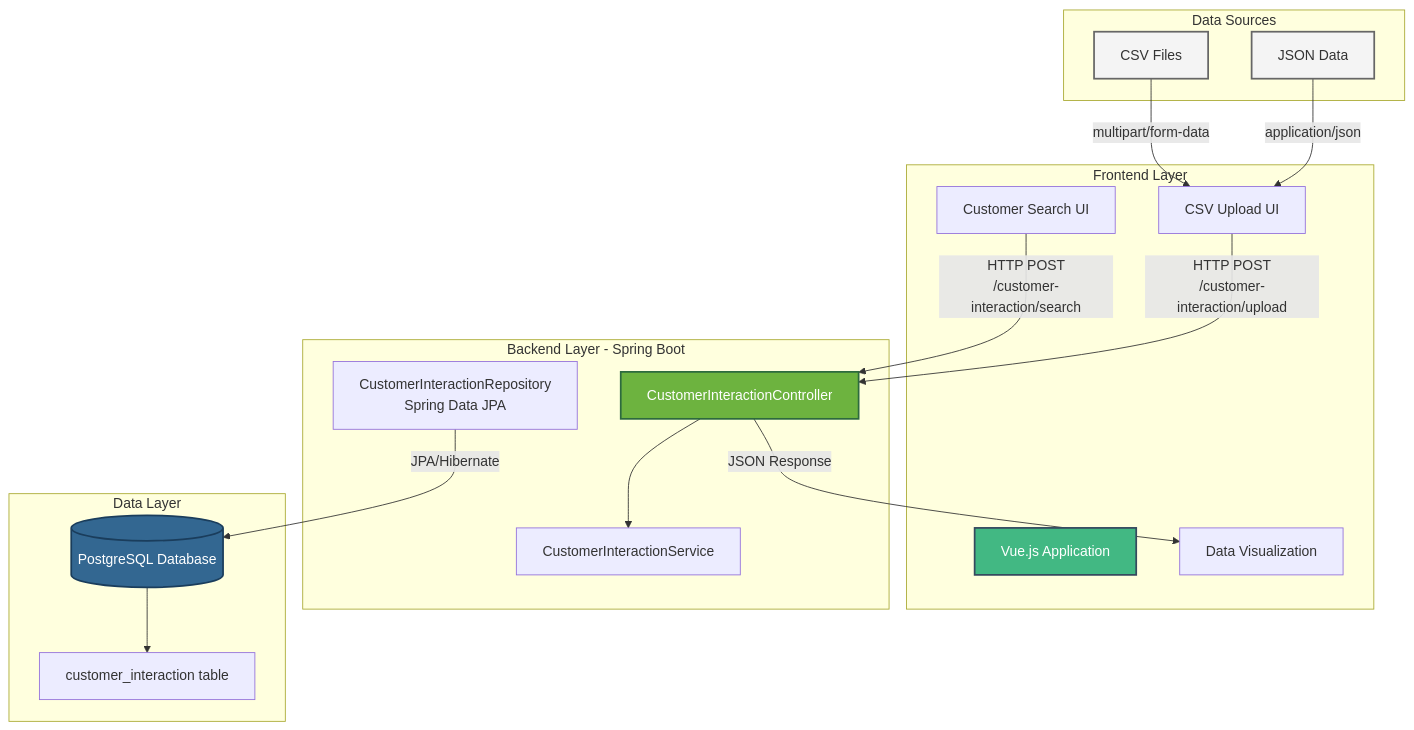
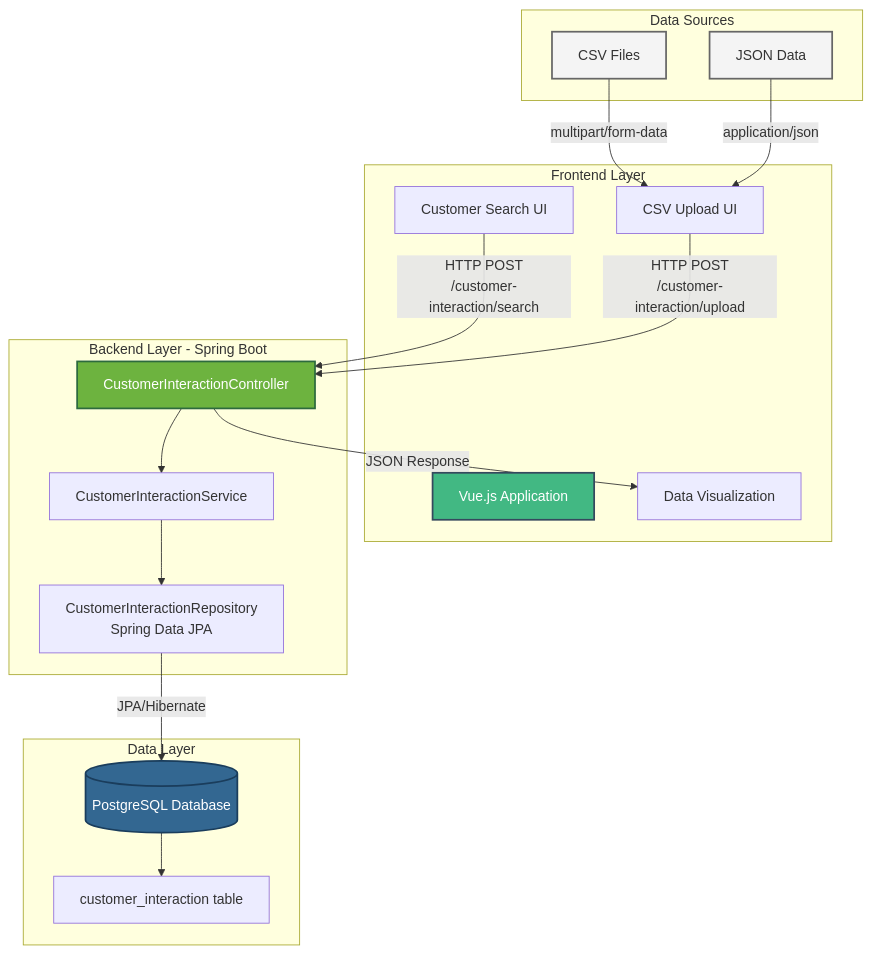
The diagram in README.md (stephenculmer/customer-workbench-backend), drawn with Mermaid before and after one commit.

Commit message:
Change arch diagram

````diff
--- a/README.md
+++ b/README.md
@@ -7,42 +7,43 @@
 ```mermaid
 graph TB
     subgraph "Frontend Layer"
         A[Vue.js Application]
         A1[Customer Search UI]
         A2[CSV Upload UI]
         A3[Data Visualization]
     end
 
     subgraph "Backend Layer - Spring Boot"
         B[CustomerInteractionController]
         C[CustomerInteractionService]
         D[CustomerInteractionRepository<br/>Spring Data JPA]
     end
 
     subgraph "Data Layer"
         F[(PostgreSQL Database)]
         G[customer_interaction table]
     end
 
     subgraph "Data Sources"
         H[CSV Files]
         I[JSON Data]
     end
 
     A1 -->|HTTP POST<br/>/customer-interaction/search| B
     A2 -->|HTTP POST<br/>/customer-interaction/upload| B
     H -->|multipart/form-data| A2
     I -->|application/json| A2
 
     B --> C
+    C --> D
     D -->|JPA/Hibernate| F
     F --> G
 
     B -->|JSON Response| A3
 
     style A fill:#42b883,stroke:#35495e,stroke-width:2px,color:#fff
     style B fill:#6db33f,stroke:#2d6a3e,stroke-width:2px,color:#fff
     style F fill:#336791,stroke:#1a3d5c,stroke-width:2px,color:#fff
     style H fill:#f4f4f4,stroke:#666,stroke-width:2px
     style I fill:#f4f4f4,stroke:#666,stroke-width:2px
 ```
````
